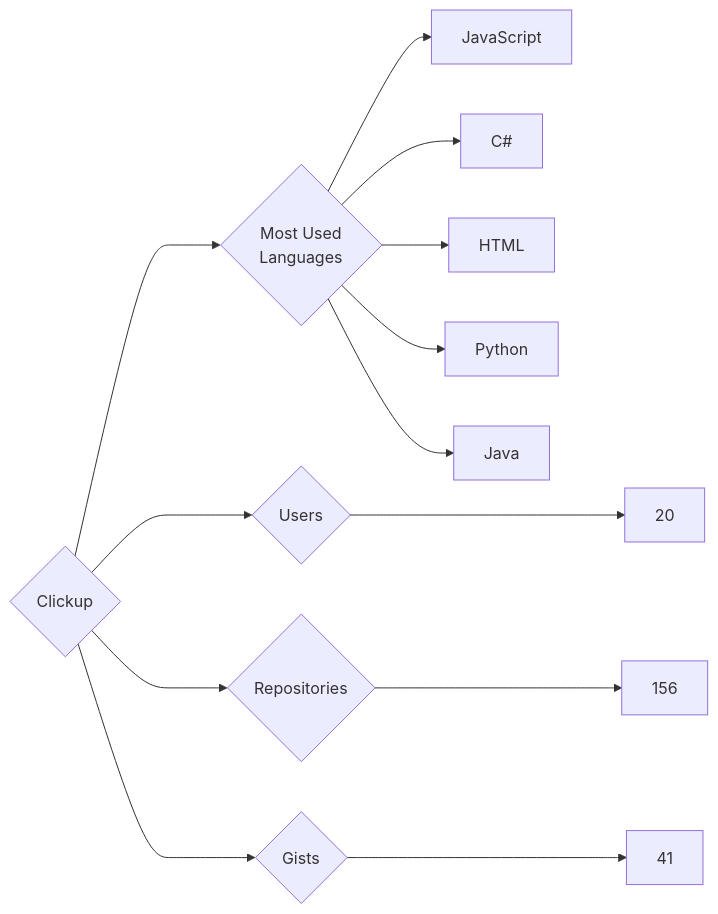
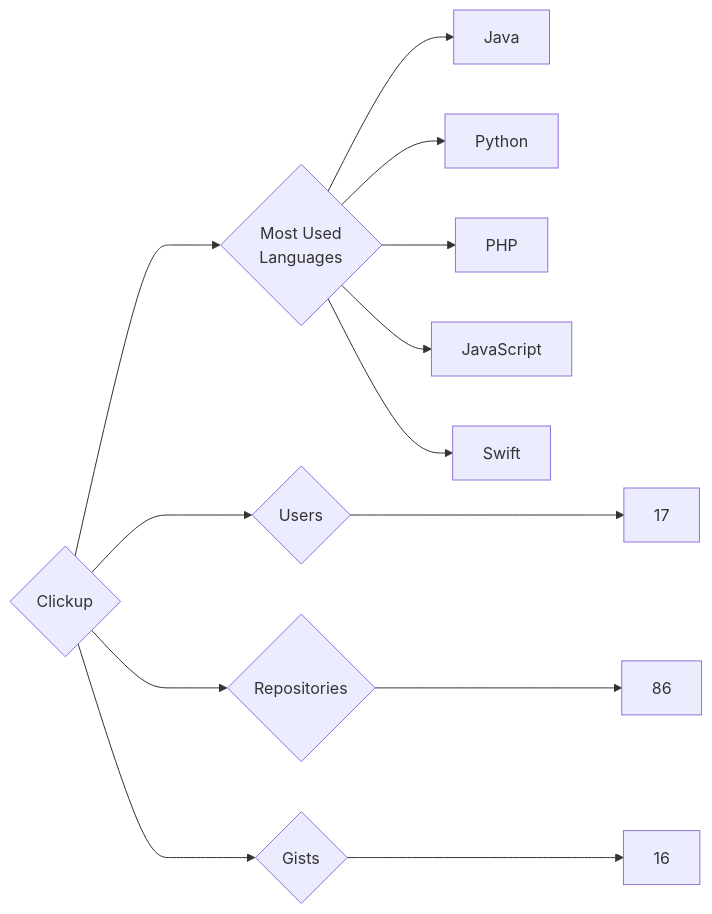
One commit to trickest/insiders changed the diagram in targets/Clickup/README.md. Above: the diagram before and after it, drawn with Mermaid. The commit also changed 699 other files, not shown here.

````diff
--- a/targets/Clickup/README.md
+++ b/targets/Clickup/README.md
@@ -3,13 +3,13 @@
 ```mermaid
 graph LR
 COMPANY_NAME{Clickup}
-COMPANY_NAME ---> U{Users} ---> UN[20]
-COMPANY_NAME ---> R{Repositories} ---> RN[156]
-COMPANY_NAME ---> G{Gists} ---> GN[41]
+COMPANY_NAME ---> U{Users} ---> UN[17]
+COMPANY_NAME ---> R{Repositories} ---> RN[86]
+COMPANY_NAME ---> G{Gists} ---> GN[16]
 COMPANY_NAME ---> ML{Most Used<br>Languages}
+ML --> Java[Java]
+ML --> Python[Python]
+ML --> PHP[PHP]
 ML --> JavaScript[JavaScript]
-ML --> C#[C#]
-ML --> HTML[HTML]
-ML --> Python[Python]
-ML --> Java[Java]
+ML --> Swift[Swift]
 ```
````
